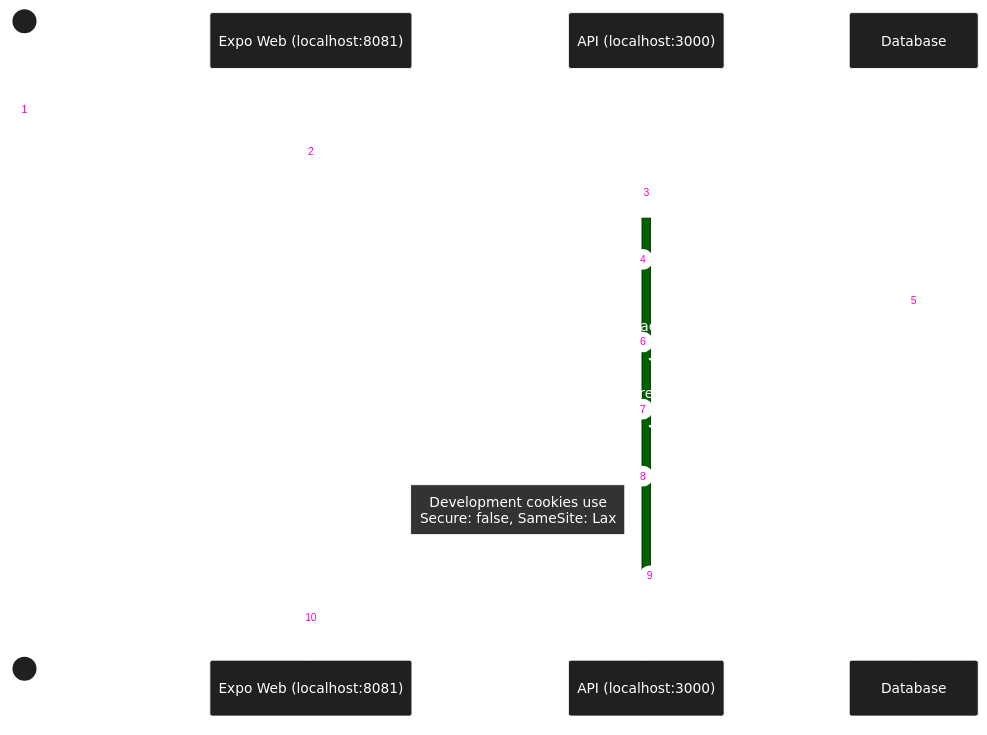
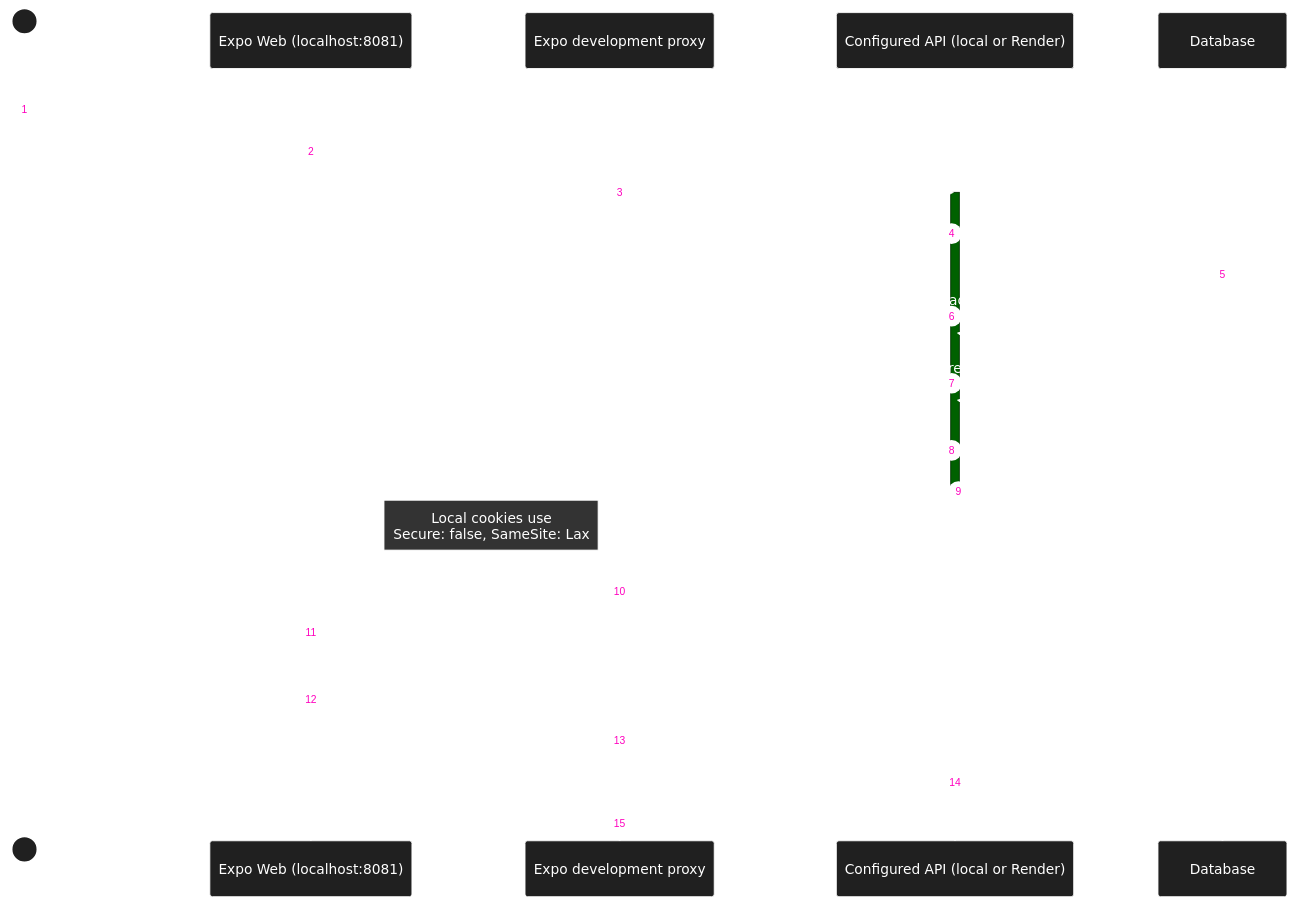
One commit to michaelgreenl/tally-tracker changed the diagram in docs/diagrams/sequence/auth/dev-web-cors.md. Above: the diagram before and after it, drawn with Mermaid. The commit also changed other lines of this file and 6 other files, not shown here.

Commit message:
fix(client): restore same-origin development proxy

````diff
--- a/docs/diagrams/sequence/auth/dev-web-cors.md
+++ b/docs/diagrams/sequence/auth/dev-web-cors.md
@@ -3,44 +13,50 @@
 ```mermaid
 %%{
   init: {
     'theme': 'base',
     'themeVariables': {
       'primaryColor': '#202020',
       'primaryTextColor': '#fff',
       'primaryBorderColor': '#ffffff',
       'lineColor': '#00ff41',
       'secondaryColor': '#006100',
       'tertiaryColor': '#fff',
       'noteBkgColor': '#333',
       'noteTextColor': '#fff',
       'noteBorderColor': '#fff'
     }
   }
 }%%
 
 sequenceDiagram
     autonumber
     actor User
     participant Browser as Expo Web (localhost:8081)
-    participant API as API (localhost:3000)
+    participant Proxy as Expo development proxy
+    participant API as Configured API (local or Render)
     participant DB as Database
 
     User->>Browser: Click "Login" (remember me ON)
 
-    Browser->>API: POST /users/login with credentials
-    API->>API: Allow localhost:8081 through CORS
+    Browser->>Proxy: POST /users/login (same origin)
+    Proxy->>API: Forward request
 
     activate API
     API->>DB: Find User & Validate Password
     DB-->>API: User Data
 
     API->>API: Generate access token
     API->>API: Generate refresh token
     API->>DB: Store refresh token record
 
-    Note left of API: Development cookies use<br/>Secure: false, SameSite: Lax
-    API-->>Browser: 200 OK + Set-Cookie (access + refresh)
+    API-->>Proxy: 200 OK + Set-Cookie (access + refresh)
     deactivate API
 
+    Note left of Proxy: Local cookies use<br/>Secure: false, SameSite: Lax
+    Proxy-->>Browser: Forward response with local cookies
     Browser->>Browser: Both Cookies Saved Successfully
+    Browser->>Proxy: GET /counters with access cookie
+    Proxy->>API: Forward request and cookie
+    API-->>Proxy: Authenticated counter response
+    Proxy-->>Browser: Counter response
 ```
````
